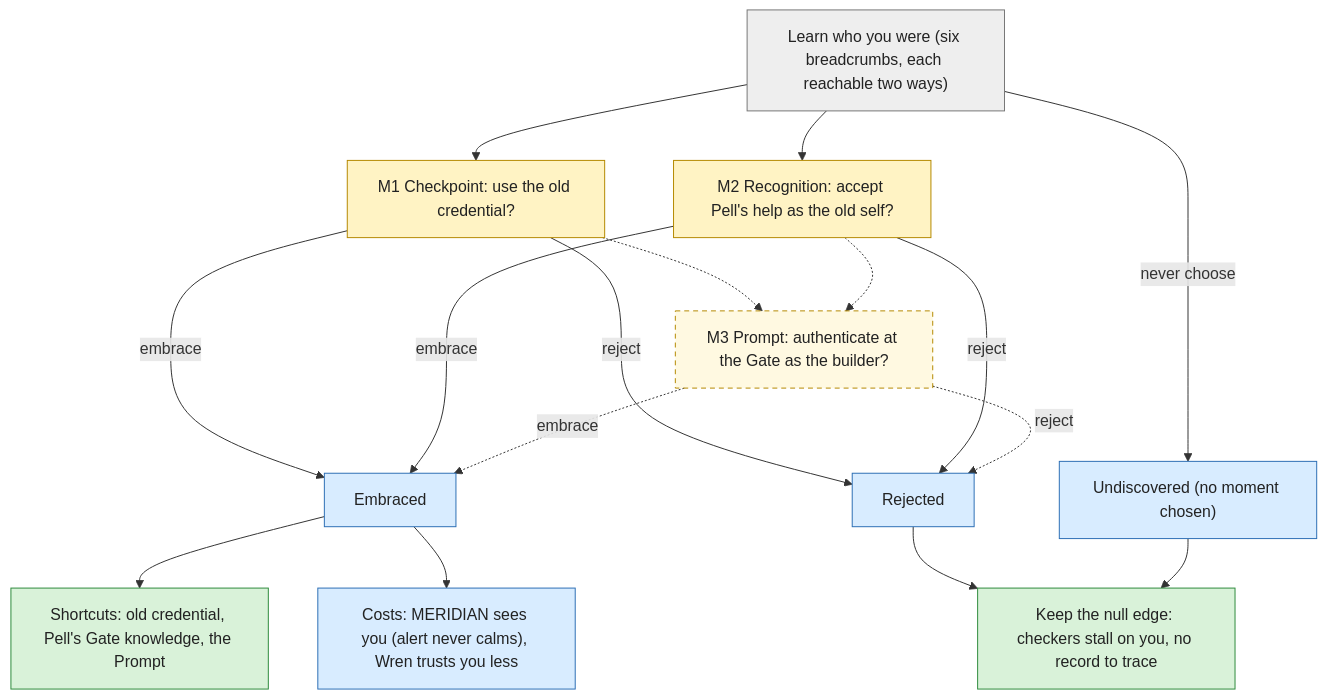
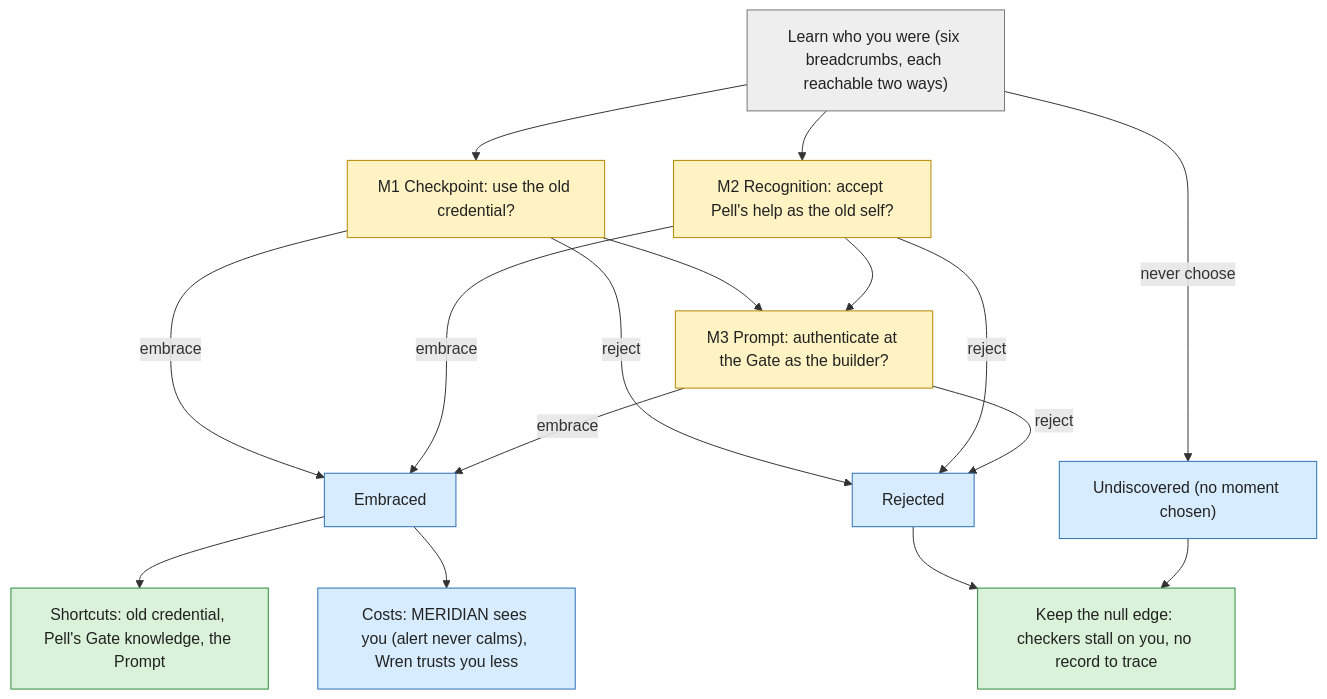
Before and after one commit to chrislee35/quiet-hours: the third of 7 diagrams in docs/decision-tree.md, drawn with Mermaid. The commit also changed other lines of this file and 21 other files, not shown here.

````diff
--- a/docs/decision-tree.md
+++ b/docs/decision-tree.md
@@ -101,38 +101,37 @@
 ```mermaid
 flowchart TD
   n_learn["Learn who you were (six breadcrumbs, each reachable two ways)"]
   n_m1["M1 Checkpoint: use the old credential?"]
   n_m2["M2 Recognition: accept Pell's help as the old self?"]
   n_m3["M3 Prompt: authenticate at the Gate as the builder?"]
   n_embrace["Embraced"]
   n_reject["Rejected"]
   n_none["Undiscovered (no moment chosen)"]
   n_gain["Shortcuts: old credential, Pell's Gate knowledge, the Prompt"]
   n_cost["Costs: MERIDIAN sees you (alert never calms), Wren trusts you less"]
   n_edge["Keep the null edge: checkers stall on you, no record to trace"]
   n_learn --> n_m1
   n_learn --> n_m2
-  n_m1 -.-> n_m3
-  n_m2 -.-> n_m3
+  n_m1 --> n_m3
+  n_m2 --> n_m3
   n_m1 -->|embrace| n_embrace
   n_m2 -->|embrace| n_embrace
-  n_m3 -.->|embrace| n_embrace
+  n_m3 -->|embrace| n_embrace
   n_m1 -->|reject| n_reject
   n_m2 -->|reject| n_reject
-  n_m3 -.->|reject| n_reject
+  n_m3 -->|reject| n_reject
   n_learn -->|never choose| n_none
   n_embrace --> n_gain
   n_embrace --> n_cost
   n_reject --> n_edge
   n_none --> n_edge
   class n_m1,n_m2,n_m3 decision
   class n_embrace,n_reject,n_none,n_cost outcome
   class n_gain,n_edge achievement
   class n_learn state
-  class n_m3 planned
   classDef decision fill:#fff3c4,stroke:#b58900,color:#222
   classDef outcome fill:#d8ecff,stroke:#2d6fb5,color:#222
   classDef achievement fill:#d9f2d9,stroke:#2e8b3d,color:#222
   classDef state fill:#eeeeee,stroke:#777,color:#222
   classDef planned stroke-dasharray:5 4,fill-opacity:0.5
 ```
````
